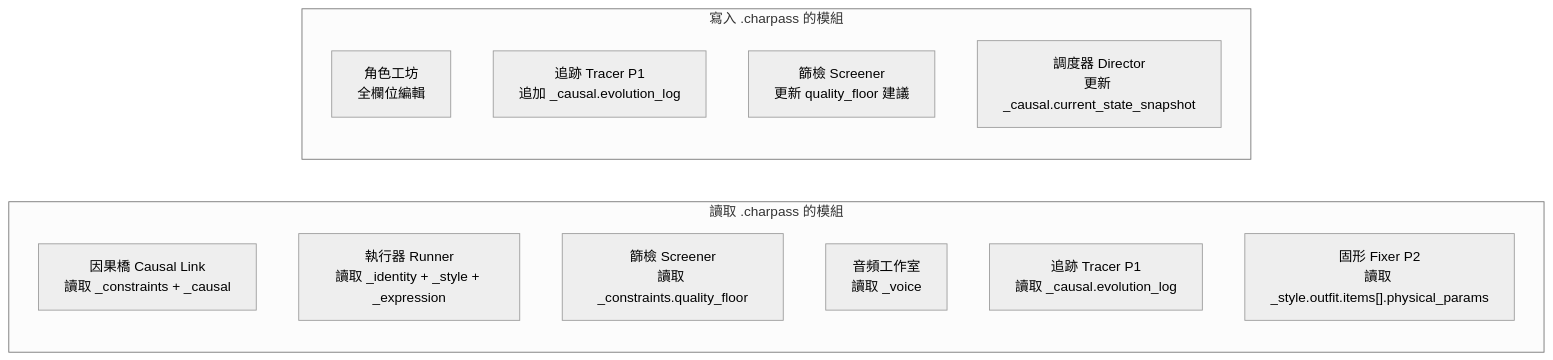
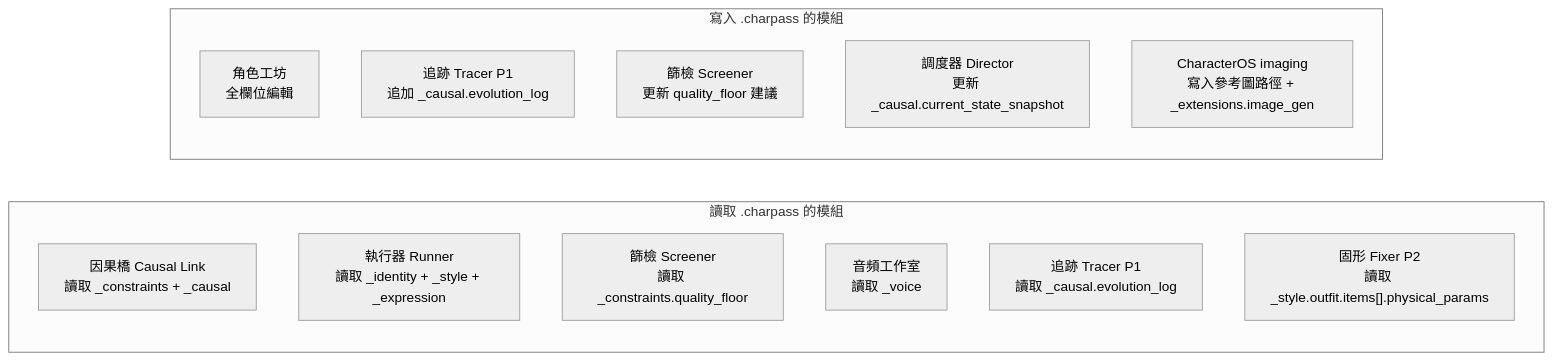
Before and after one commit to iiooiioo888/Narratron: the second of 2 diagrams in docs/charpass.md, drawn with Mermaid (neutral theme). The commit also changed other lines of this file and 44 other files, not shown here.

First line of the commit message:
Implement third-party image generation support in CharacterOS

````diff
--- a/docs/charpass.md
+++ b/docs/charpass.md
@@ -885,18 +952,19 @@
 ```mermaid
 flowchart LR
     subgraph READ["讀取 .charpass 的模組"]
         CL["因果橋 Causal Link<br/>讀取 _constraints + _causal"]
         RUN["執行器 Runner<br/>讀取 _identity + _style + _expression"]
         SC["篩檢 Screener<br/>讀取 _constraints.quality_floor"]
         AU["音頻工作室<br/>讀取 _voice"]
         TR["追跡 Tracer P1<br/>讀取 _causal.evolution_log"]
         FX["固形 Fixer P2<br/>讀取 _style.outfit.items[].physical_params"]
     end
 
     subgraph WRITE["寫入 .charpass 的模組"]
         CS["角色工坊<br/>全欄位編輯"]
         TR2["追跡 Tracer P1<br/>追加 _causal.evolution_log"]
         SC2["篩檢 Screener<br/>更新 quality_floor 建議"]
         DIR["調度器 Director<br/>更新 _causal.current_state_snapshot"]
+        IMG["CharacterOS imaging<br/>寫入參考圖路徑 + _extensions.image_gen"]
     end
 ```
````
